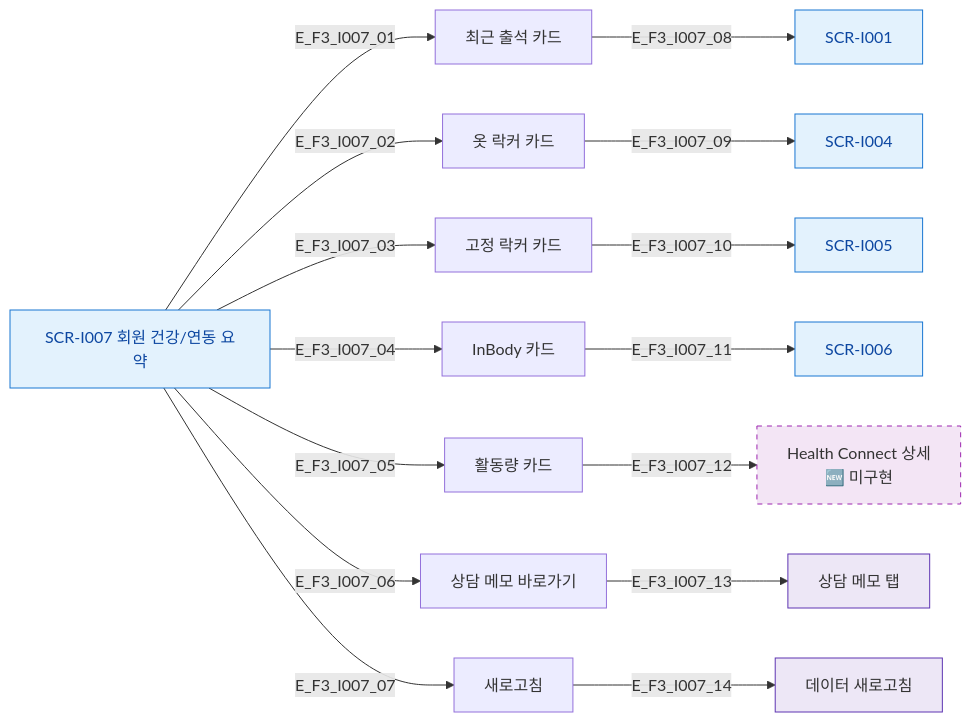
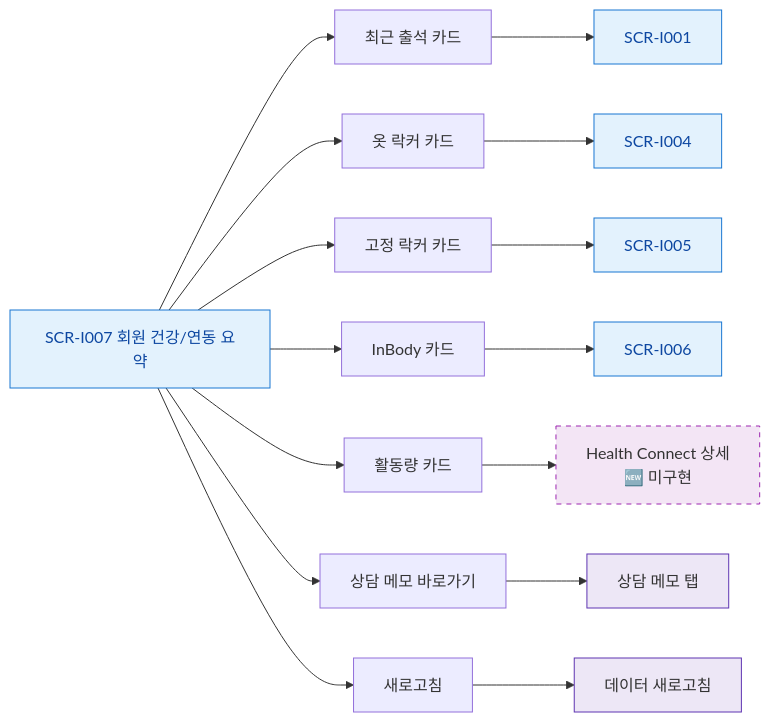
Before and after one commit to dev-spogym/admin-pando: the diagram in docs/다이어그램/D11_통합운영/SCR-I007_회원건강연동요약/F3_버튼액션.md, drawn with Mermaid. The commit also changed other lines of this file and 1660 other files, not shown here.

First line of the commit message:
다이어그램: 기획자/클라이언트 납품본으로 정리

````diff
--- a/docs/다이어그램/D11_통합운영/SCR-I007_회원건강연동요약/F3_버튼액션.md
+++ b/docs/다이어그램/D11_통합운영/SCR-I007_회원건강연동요약/F3_버튼액션.md
@@ -16,27 +14,27 @@
 ```mermaid
 flowchart LR
     SCR_I007[SCR-I007 회원 건강/연동 요약]
 
-    SCR_I007 -->|E_F3_I007_01| CARD_ATT[최근 출석 카드]
-    SCR_I007 -->|E_F3_I007_02| CARD_LOCKER[옷 락커 카드]
-    SCR_I007 -->|E_F3_I007_03| CARD_FIXED[고정 락커 카드]
-    SCR_I007 -->|E_F3_I007_04| CARD_INBODY[InBody 카드]
-    SCR_I007 -->|E_F3_I007_05| CARD_ACTIVITY[활동량 카드]
-    SCR_I007 -->|E_F3_I007_06| BTN_MEMO[상담 메모 바로가기]
-    SCR_I007 -->|E_F3_I007_07| BTN_REFRESH[새로고침]
+    SCR_I007 --> CARD_ATT[최근 출석 카드]
+    SCR_I007 --> CARD_LOCKER[옷 락커 카드]
+    SCR_I007 --> CARD_FIXED[고정 락커 카드]
+    SCR_I007 --> CARD_INBODY[InBody 카드]
+    SCR_I007 --> CARD_ACTIVITY[활동량 카드]
+    SCR_I007 --> BTN_MEMO[상담 메모 바로가기]
+    SCR_I007 --> BTN_REFRESH[새로고침]
 
-    CARD_ATT -->|E_F3_I007_08| SCR_I001[SCR-I001]
-    CARD_LOCKER -->|E_F3_I007_09| SCR_I004[SCR-I004]
-    CARD_FIXED -->|E_F3_I007_10| SCR_I005[SCR-I005]
-    CARD_INBODY -->|E_F3_I007_11| SCR_I006[SCR-I006]
-    CARD_ACTIVITY -->|E_F3_I007_12| HC_DETAIL[Health Connect 상세\n🆕 미구현]
-    BTN_MEMO -->|E_F3_I007_13| MEMO_TAB[상담 메모 탭]
-    BTN_REFRESH -->|E_F3_I007_14| RELOAD[데이터 새로고침]
+    CARD_ATT --> SCR_I001[SCR-I001]
+    CARD_LOCKER --> SCR_I004[SCR-I004]
+    CARD_FIXED --> SCR_I005[SCR-I005]
+    CARD_INBODY --> SCR_I006[SCR-I006]
+    CARD_ACTIVITY --> HC_DETAIL[Health Connect 상세\n🆕 미구현]
+    BTN_MEMO --> MEMO_TAB[상담 메모 탭]
+    BTN_REFRESH --> RELOAD[데이터 새로고침]
 
-    classDef screen       fill:#E3F2FD,stroke:#1976D2,color:#0D47A1
-    classDef newFeature   fill:#F3E5F5,stroke:#9C27B0,stroke-dasharray:5 5
-    classDef system       fill:#EDE7F6,stroke:#5E35B2
+    classDef screen fill:#E3F2FD,stroke:#1976D2,color:#0D47A1
+    classDef newFeature fill:#F3E5F5,stroke:#9C27B0,stroke-dasharray:5 5
+    classDef system fill:#EDE7F6,stroke:#5E35B2
     class SCR_I007,SCR_I001,SCR_I004,SCR_I005,SCR_I006 screen
     class HC_DETAIL newFeature
     class MEMO_TAB,RELOAD system
 ```
````
